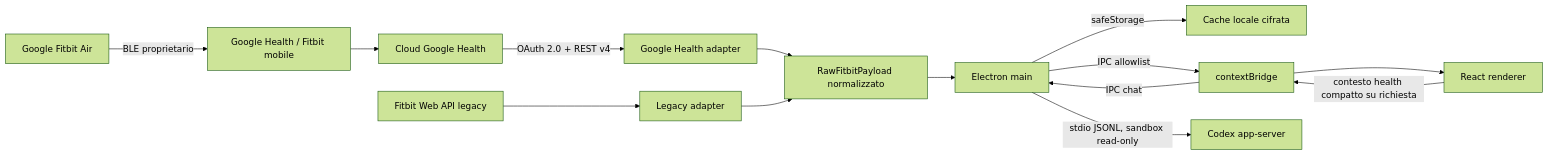
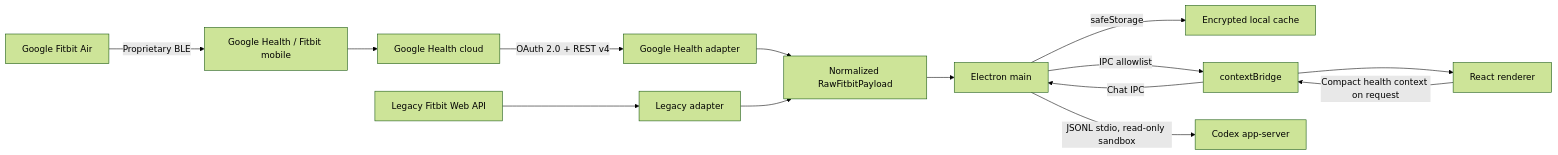
One commit to whitemankpi/openfit changed the diagram in docs/ARCHITECTURE.md. Above: the diagram before and after it, drawn with Mermaid (forest theme). The commit also changed other lines of this file and 5 other files, not shown here.

````diff
--- a/docs/ARCHITECTURE.md
+++ b/docs/ARCHITECTURE.md
@@ -15,16 +15,16 @@
 ```mermaid
 flowchart LR
-    Air["Google Fitbit Air"] -->|BLE proprietario| Mobile["Google Health / Fitbit mobile"]
-    Mobile --> Cloud["Cloud Google Health"]
+    Air["Google Fitbit Air"] -->|Proprietary BLE| Mobile["Google Health / Fitbit mobile"]
+    Mobile --> Cloud["Google Health cloud"]
     Cloud -->|OAuth 2.0 + REST v4| GHA["Google Health adapter"]
-    Legacy["Fitbit Web API legacy"] --> FBA["Legacy adapter"]
-    GHA --> Contract["RawFitbitPayload normalizzato"]
+    Legacy["Legacy Fitbit Web API"] --> FBA["Legacy adapter"]
+    GHA --> Contract["Normalized RawFitbitPayload"]
     FBA --> Contract
     Contract --> Main["Electron main"]
-    Main -->|safeStorage| Cache["Cache locale cifrata"]
+    Main -->|safeStorage| Cache["Encrypted local cache"]
     Main -->|IPC allowlist| Preload["contextBridge"]
     Preload --> Renderer["React renderer"]
-    Renderer -->|contesto health compatto su richiesta| Preload
-    Preload -->|IPC chat| Main
-    Main -->|stdio JSONL, sandbox read-only| Codex["Codex app-server"]
+    Renderer -->|Compact health context on request| Preload
+    Preload -->|Chat IPC| Main
+    Main -->|JSONL stdio, read-only sandbox| Codex["Codex app-server"]
 ```
````
